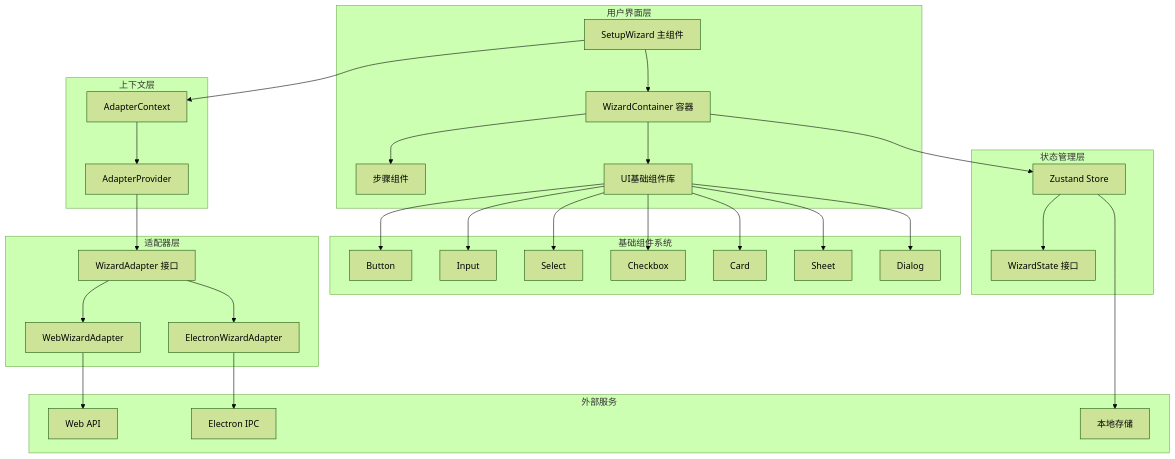
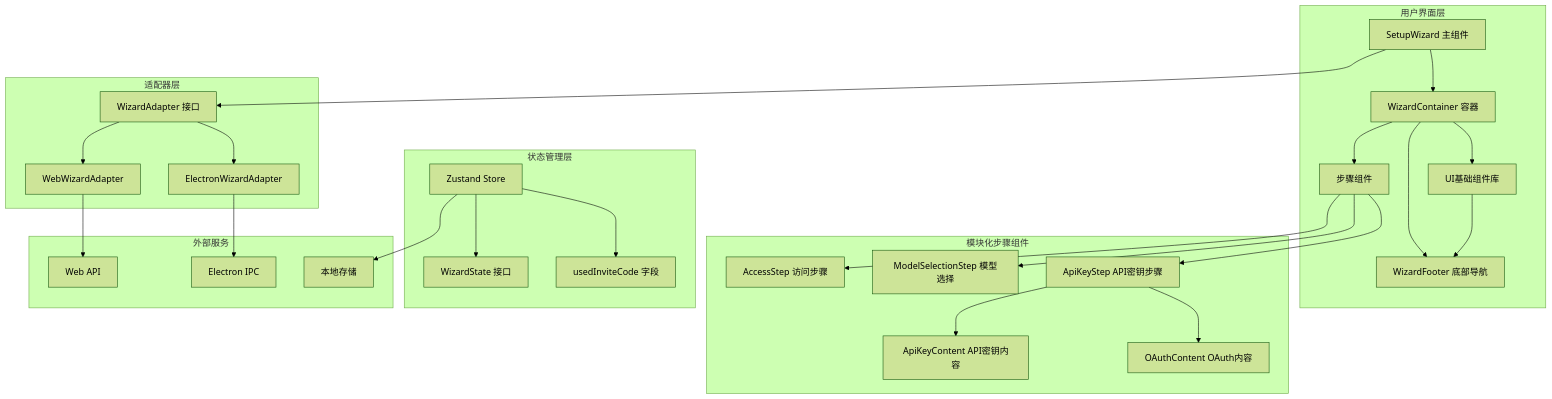
The third of 15 diagrams in .qoder/repowiki/zh/content/设置向导UI组件.md (verse-ai-org/openclaw), drawn with Mermaid (forest theme) before and after one commit. The commit also changed other lines of this file and 24 other files, not shown here.

````diff
--- a/.qoder/repowiki/zh/content/设置向导UI组件.md
+++ b/.qoder/repowiki/zh/content/设置向导UI组件.md
@@ -230,56 +210,50 @@
 ```mermaid
 graph TB
 subgraph "用户界面层"
 A[SetupWizard 主组件]
 B[WizardContainer 容器]
 C[步骤组件]
 D[UI基础组件库]
+E[WizardFooter 底部导航]
 end
-subgraph "基础组件系统"
-E[Button]
-F[Input]
-G[Select]
-H[Checkbox]
-I[Card]
-J[Sheet]
-K[Dialog]
+subgraph "模块化步骤组件"
+F[AccessStep 访问步骤]
+G[ModelSelectionStep 模型选择]
+H[ApiKeyStep API密钥步骤]
+I[ApiKeyContent API密钥内容]
+J[OAuthContent OAuth内容]
 end
 subgraph "状态管理层"
-L[Zustand Store]
-M[WizardState 接口]
+K[Zustand Store]
+L[WizardState 接口]
+M[usedInviteCode 字段]
 end
 subgraph "适配器层"
 N[WizardAdapter 接口]
 O[WebWizardAdapter]
 P[ElectronWizardAdapter]
 end
-subgraph "上下文层"
-Q[AdapterContext]
-R[AdapterProvider]
-end
 subgraph "外部服务"
-S[Web API]
-T[Electron IPC]
-U[本地存储]
+Q[Web API]
+R[Electron IPC]
+S[本地存储]
 end
 A --> B
 B --> C
 B --> D
+B --> E
+C --> F
+C --> G
+C --> H
+H --> I
+H --> J
 D --> E
-D --> F
-D --> G
-D --> H
-D --> I
-D --> J
-D --> K
-B --> L
-L --> M
-A --> Q
-Q --> R
-R --> N
+K --> L
+K --> M
+A --> N
 N --> O
 N --> P
-O --> S
-P --> T
-L --> U
+O --> Q
+P --> R
+K --> S
 ```
````
